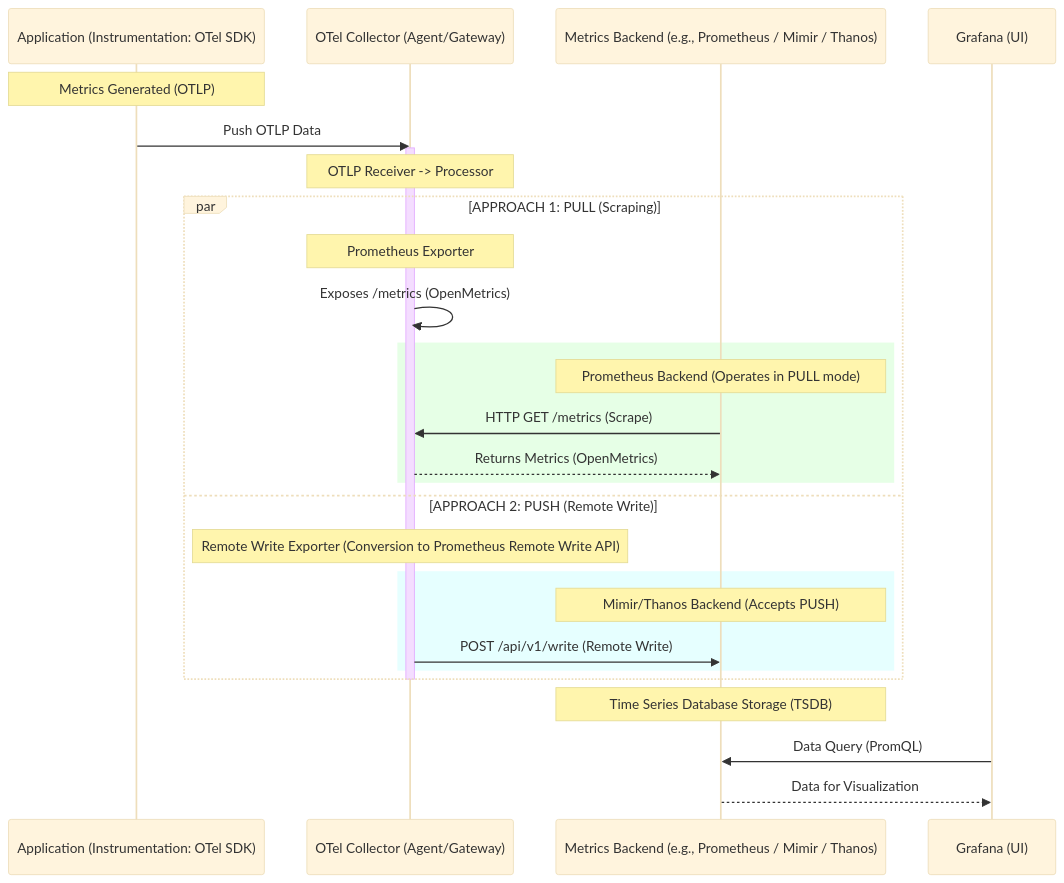
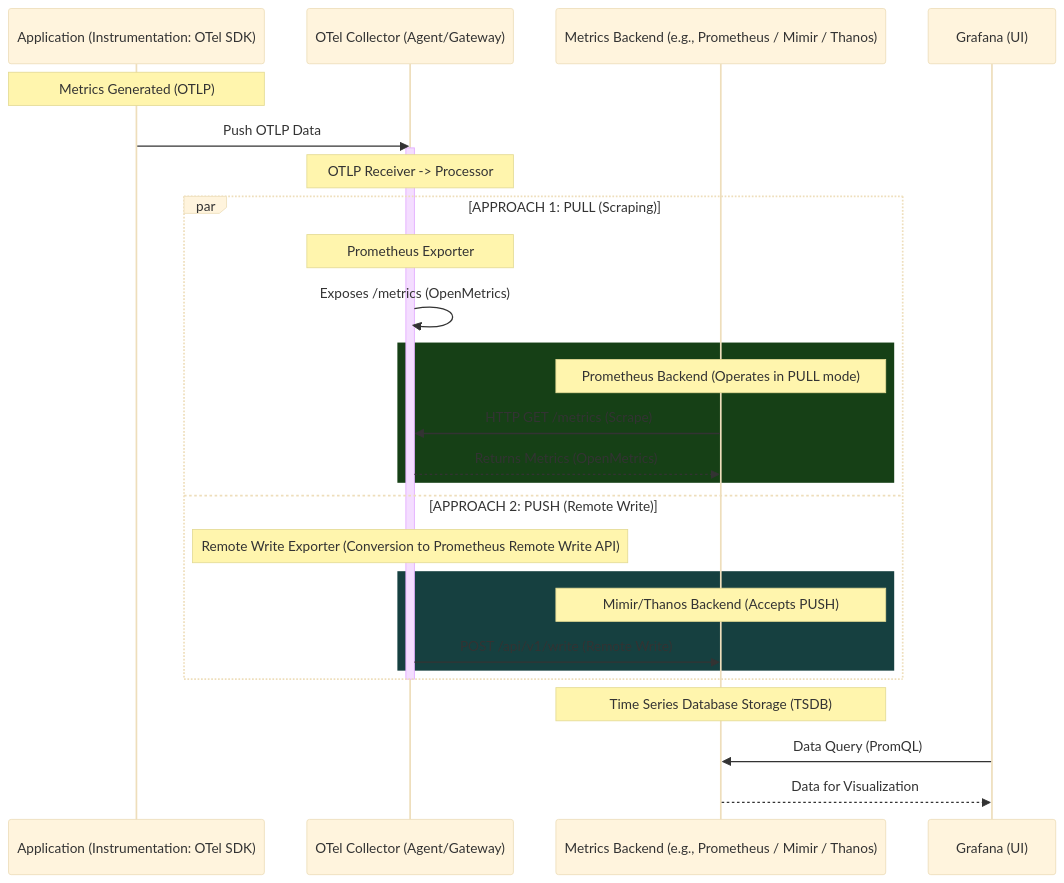
Before and after one commit to developer-jutra/dj-course: the diagram in M9/sequence-diagrams/metrics-with-otel.mermaid, drawn with Mermaid (base theme). The commit also changed 100 other files, not shown here.

```diff
--- a/M9/sequence-diagrams/metrics-with-otel.mermaid
+++ b/M9/sequence-diagrams/metrics-with-otel.mermaid
@@ -1,34 +1,34 @@
 sequenceDiagram
     participant A as Application (Instrumentation: OTel SDK)
     participant C as OTel Collector (Agent/Gateway)
     participant B as Metrics Backend (e.g., Prometheus / Mimir / Thanos)
     participant G as Grafana (UI)
 
     Note over A: Metrics Generated (OTLP)
 
     A->>C: Push OTLP Data
     activate C
     Note over C: OTLP Receiver -> Processor
 
     par APPROACH 1: PULL (Scraping)
         Note over C: Prometheus Exporter
         C->>C: Exposes /metrics (OpenMetrics)
 
-        rect rgb(230, 255, 230)
+        rect rgb(22, 64, 22)
             Note over B: Prometheus Backend (Operates in PULL mode)
             B->>C: HTTP GET /metrics (Scrape)
             C-->>B: Returns Metrics (OpenMetrics)
         end
     and APPROACH 2: PUSH (Remote Write)
         Note over C: Remote Write Exporter (Conversion to Prometheus Remote Write API)
         
-        rect rgb(230, 255, 255)
+        rect rgb(22, 64, 64)
             Note over B: Mimir/Thanos Backend (Accepts PUSH)
             C->>B: POST /api/v1/write (Remote Write)
         end
     end
     deactivate C
     
     Note over B: Time Series Database Storage (TSDB)
     G->>B: Data Query (PromQL)
     B-->>G: Data for Visualization
```
